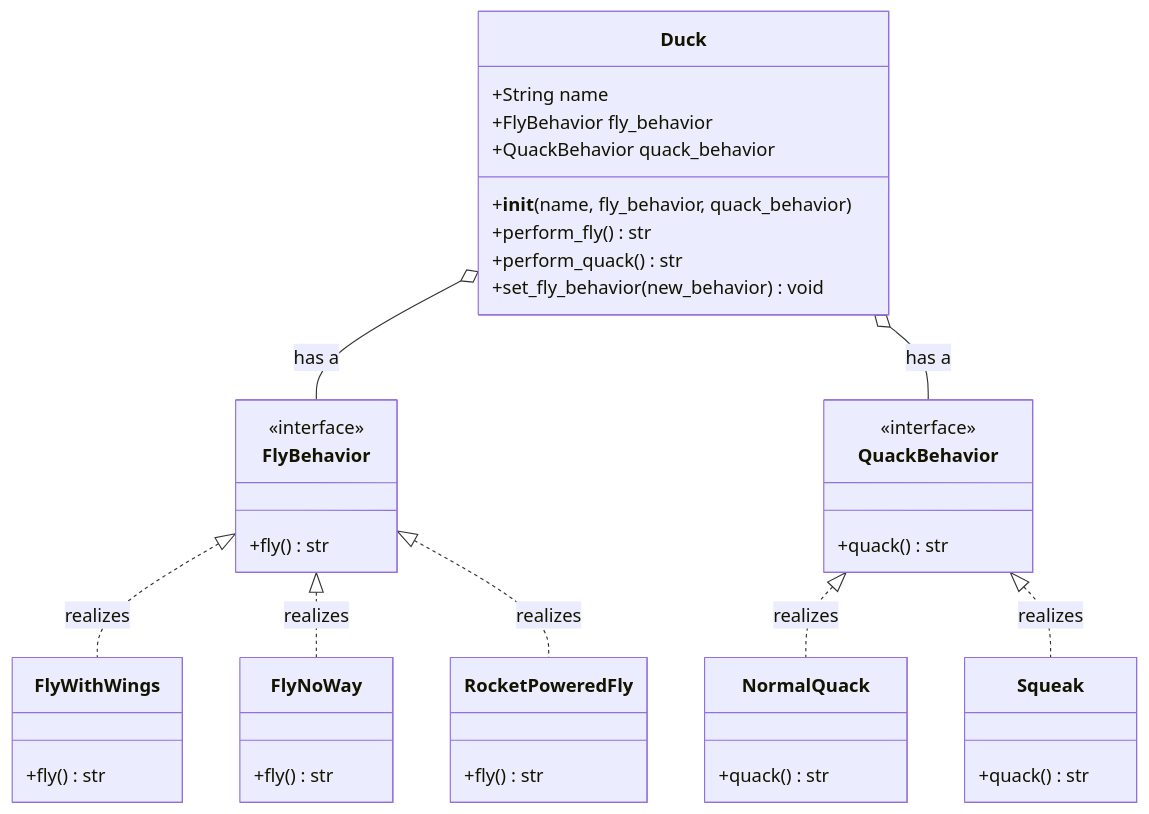
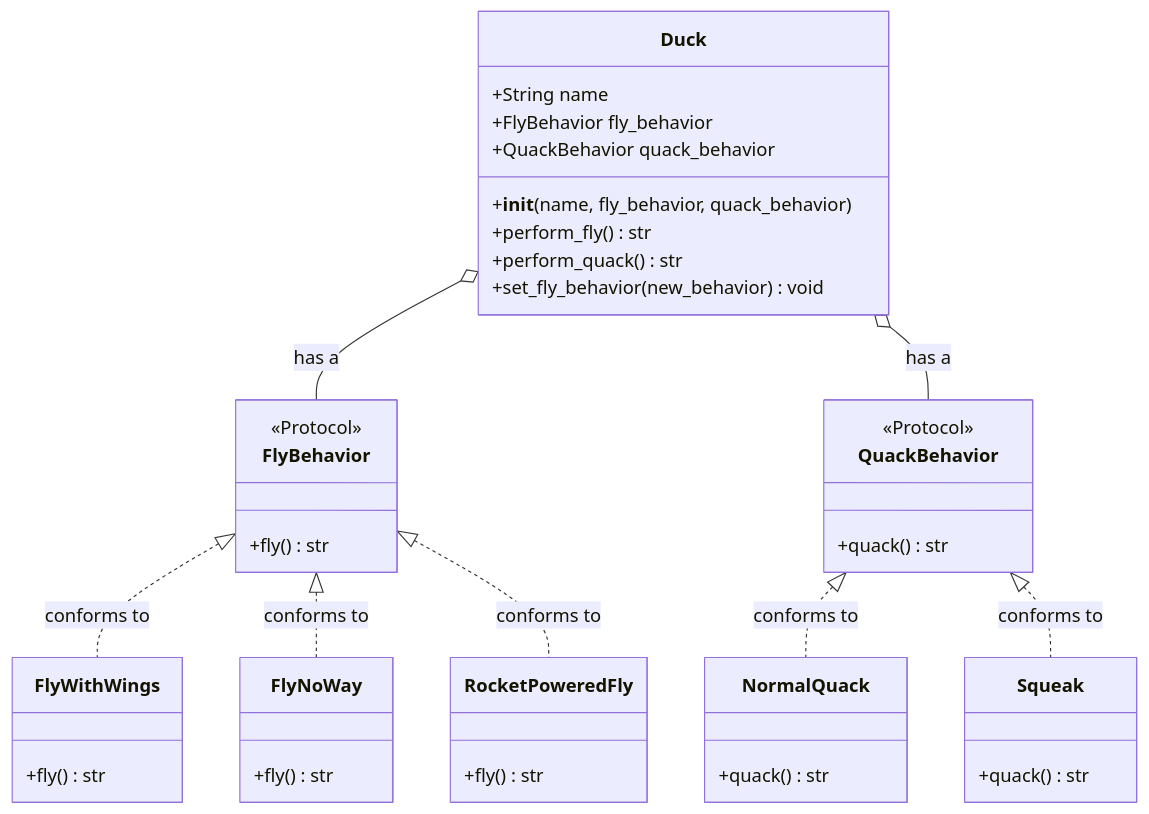
One commit to cwaltz/EPIJudge changed the first of 2 diagrams in py_prod_implementations/design_patterns/behavioral/strategy/README.md. Above: the diagram before and after it, drawn with Mermaid.

Commit message:
Update strategy class diagram

````diff
--- a/py_prod_implementations/design_patterns/behavioral/strategy/README.md
+++ b/py_prod_implementations/design_patterns/behavioral/strategy/README.md
@@ -3,56 +3,56 @@
 ```mermaid
 classDiagram
     %% The Context
     class Duck {
         +String name
         +FlyBehavior fly_behavior
         +QuackBehavior quack_behavior
         +__init__(name, fly_behavior, quack_behavior)
         +perform_fly() str
         +perform_quack() str
         +set_fly_behavior(new_behavior) void
     }
 
     %% The Interfaces (Protocols in Python)
     class FlyBehavior {
-        <<interface>>
+        <<Protocol>>
         +fly() str
     }
     
     class QuackBehavior {
-        <<interface>>
+        <<Protocol>>
         +quack() str
     }
 
     %% Concrete Strategies for Flying
     class FlyWithWings {
         +fly() str
     }
     class FlyNoWay {
         +fly() str
     }
     class RocketPoweredFly {
         +fly() str
     }
     
     %% Concrete Strategies for Quacking
     class NormalQuack {
         +quack() str
     }
     class Squeak {
         +quack() str
     }
 
     %% UML Relationships
     %% Duck aggregates the behavior interfaces (Dependency Inversion)
     Duck o-- FlyBehavior : has a
     Duck o-- QuackBehavior : has a
     
     %% Concrete classes implement (realize) the interfaces / protocols
-    FlyBehavior <|.. FlyWithWings : realizes
-    FlyBehavior <|.. FlyNoWay : realizes
-    FlyBehavior <|.. RocketPoweredFly : realizes
+    FlyBehavior <|.. FlyWithWings : conforms to
+    FlyBehavior <|.. FlyNoWay : conforms to
+    FlyBehavior <|.. RocketPoweredFly : conforms to
     
-    QuackBehavior <|.. NormalQuack : realizes
-    QuackBehavior <|.. Squeak : realizes
+    QuackBehavior <|.. NormalQuack : conforms to
+    QuackBehavior <|.. Squeak : conforms to
 ```
````
